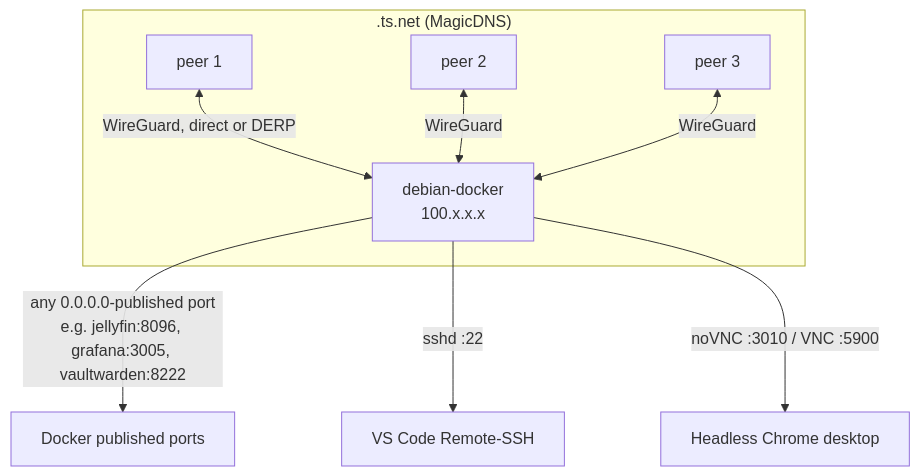
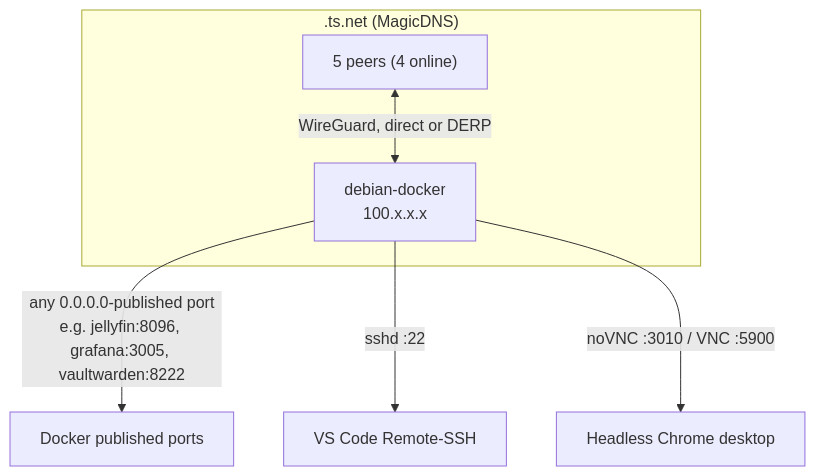
One commit to BigBoiToasty/homelab-docs changed the second of 3 diagrams in architecture/networking-and-security.md. Above: the diagram before and after it, drawn with Mermaid. The commit also changed other lines of this file and 4 other files, not shown here.

First line of the commit message:
docs: refresh architecture docs from 2026-09-25 audit

````diff
--- a/architecture/networking-and-security.md
+++ b/architecture/networking-and-security.md
@@ -45,15 +64,11 @@
 ```mermaid
 flowchart TB
     subgraph TAILNET["<tailnet>.ts.net (MagicDNS)"]
         VM["debian-docker<br/>100.x.x.x"]
-        P1["peer 1"]
-        P2["peer 2"]
-        P3["peer 3"]
+        P["5 peers (4 online)"]
     end
-    P1 <-->|WireGuard, direct or DERP| VM
-    P2 <-->|WireGuard| VM
-    P3 <-->|WireGuard| VM
+    P <-->|WireGuard, direct or DERP| VM
     VM -->|"any 0.0.0.0-published port<br/>e.g. jellyfin:8096, grafana:3005, vaultwarden:8222"| DOCKER["Docker published ports"]
     VM -->|"sshd :22"| SSH["VS Code Remote-SSH"]
     VM -->|"noVNC :3010 / VNC :5900"| VNC["Headless Chrome desktop"]
 ```
````
